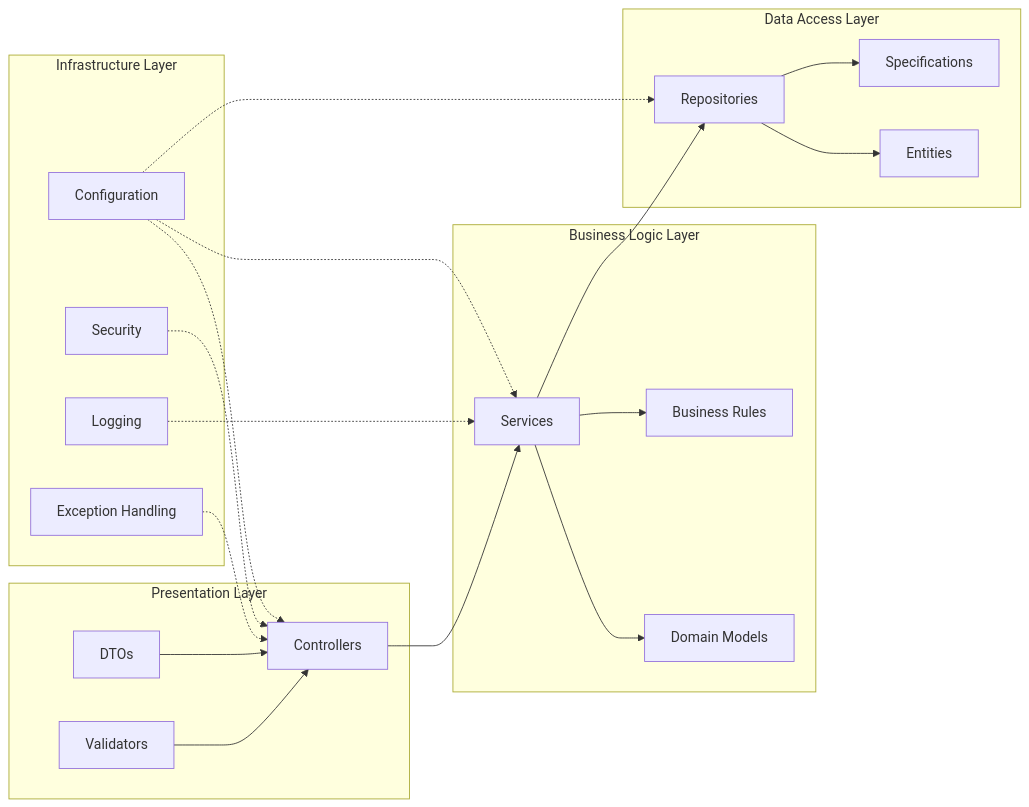
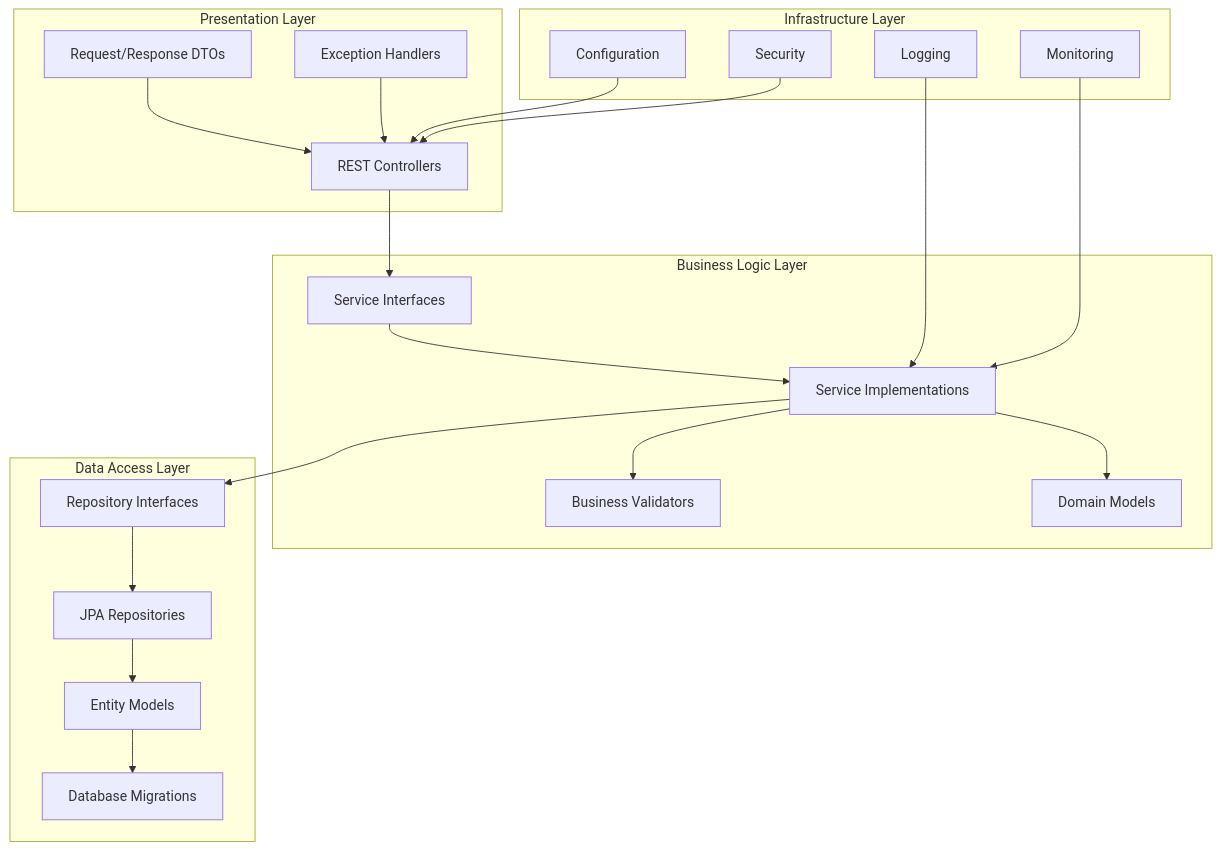
The third of 26 diagrams in docs/LLD/modified_lld.md (NavneetBN47/aava-ecom-demo), drawn with Mermaid before and after one commit. The commit also changed other lines of this file, not shown here.

````diff
--- a/docs/LLD/modified_lld.md
+++ b/docs/LLD/modified_lld.md
@@ -143,42 +190,44 @@
 ```mermaid
-graph LR
+graph TD
     subgraph "Presentation Layer"
-        A[Controllers]
-        B[DTOs]
-        C[Validators]
+        A[REST Controllers]
+        B[Request/Response DTOs]
+        C[Exception Handlers]
     end
     
     subgraph "Business Logic Layer"
-        D[Services]
-        E[Domain Models]
-        F[Business Rules]
+        D[Service Interfaces]
+        E[Service Implementations]
+        F[Business Validators]
+        G[Domain Models]
     end
     
     subgraph "Data Access Layer"
-        G[Repositories]
-        H[Entities]
-        I[Specifications]
+        H[Repository Interfaces]
+        I[JPA Repositories]
+        J[Entity Models]
+        K[Database Migrations]
     end
     
     subgraph "Infrastructure Layer"
-        J[Configuration]
-        K[Security]
-        L[Logging]
-        M[Exception Handling]
+        L[Configuration]
+        M[Security]
+        N[Logging]
+        O[Monitoring]
     end
     
     A --> D
     B --> A
     C --> A
     D --> E
-    D --> F
-    D --> G
-    G --> H
-    G --> I
-    J -.-> A
-    J -.-> D
-    J -.-> G
-    K -.-> A
-    L -.-> D
-    M -.-> A
+    E --> F
+    E --> G
+    E --> H
+    H --> I
+    I --> J
+    J --> K
+    L --> A
+    M --> A
+    N --> E
+    O --> E
 ```
````
